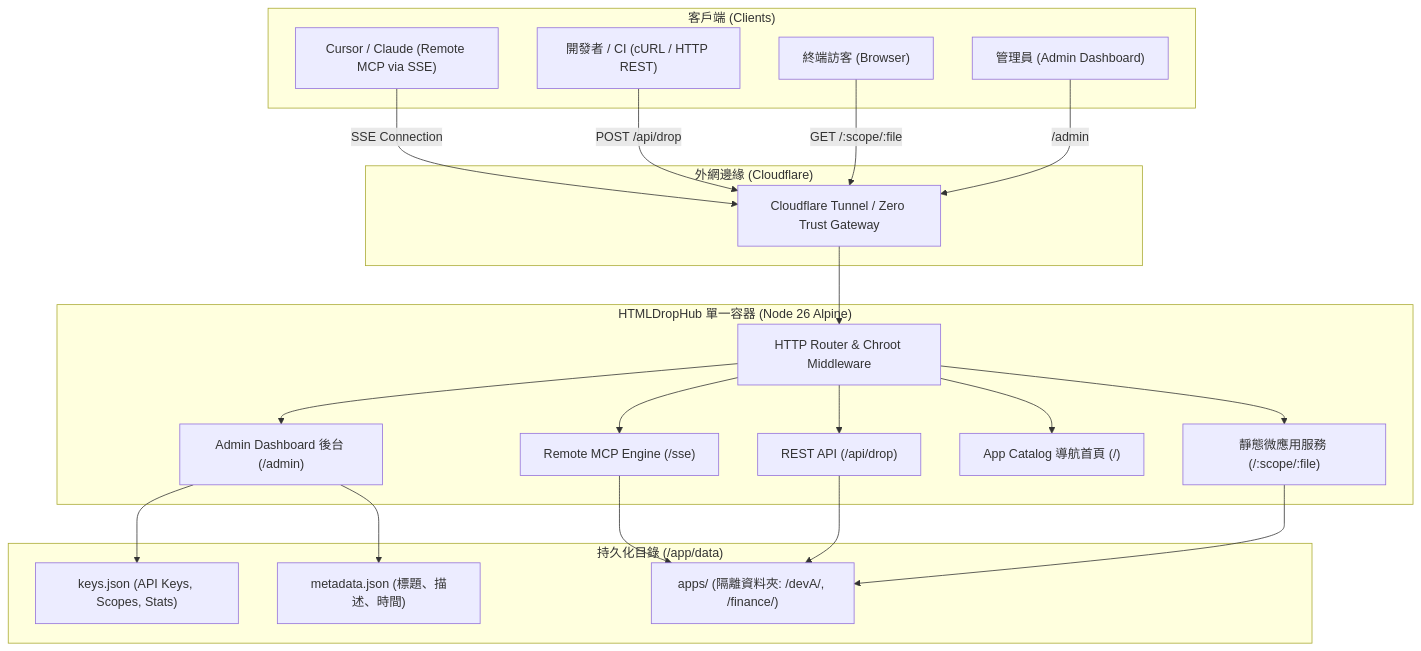
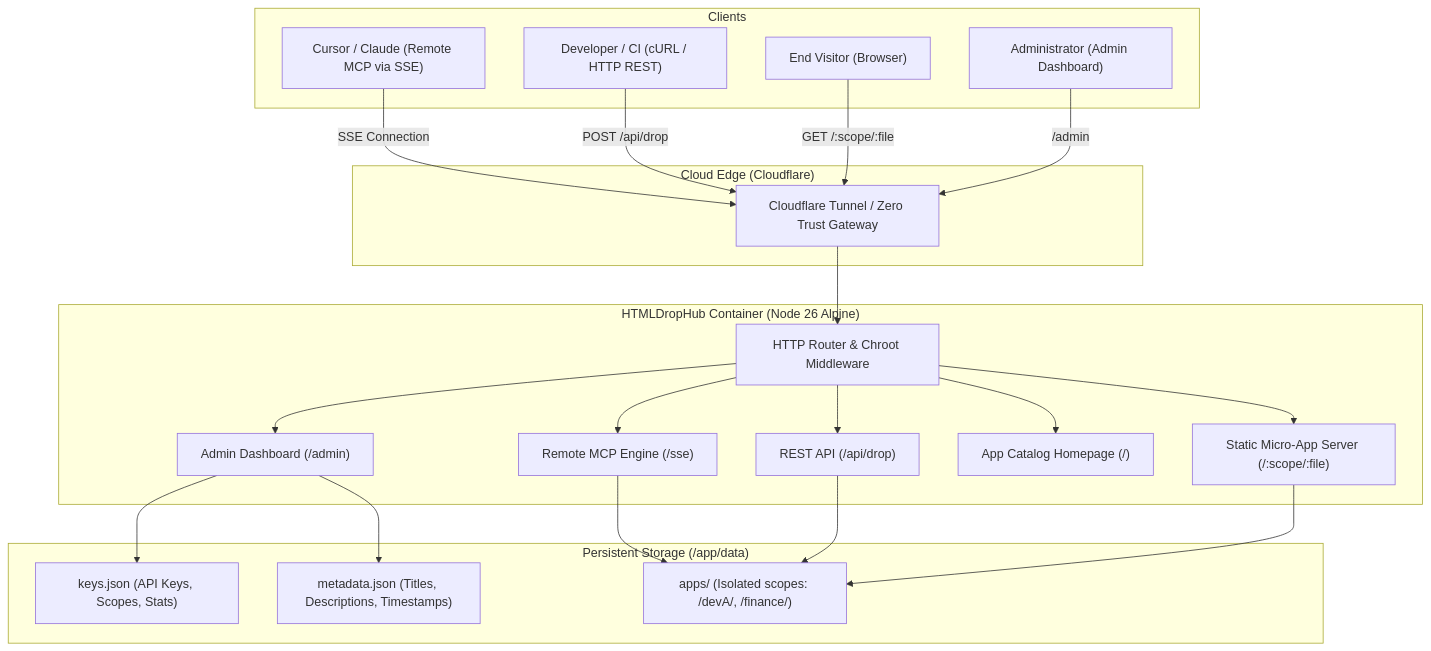
Before and after one commit to poiu124disk/HTMLDropHub: the diagram in README.md, drawn with Mermaid. The commit also changed other lines of this file and 3 other files, not shown here.

````diff
--- a/README.md
+++ b/README.md
@@ -36,46 +36,46 @@
 ```mermaid
 flowchart TD
-    subgraph Clients["客戶端 (Clients)"]
+    subgraph Clients["Clients"]
         Cursor["Cursor / Claude (Remote MCP via SSE)"]
-        Dev["開發者 / CI (cURL / HTTP REST)"]
-        Guest["終端訪客 (Browser)"]
-        Admin["管理員 (Admin Dashboard)"]
+        Dev["Developer / CI (cURL / HTTP REST)"]
+        Guest["End Visitor (Browser)"]
+        Admin["Administrator (Admin Dashboard)"]
     end
 
-    subgraph Tunnel["外網邊緣 (Cloudflare)"]
+    subgraph Tunnel["Cloud Edge (Cloudflare)"]
         CF["Cloudflare Tunnel / Zero Trust Gateway"]
     end
 
-    subgraph Engine["HTMLDropHub 單一容器 (Node 26 Alpine)"]
+    subgraph Engine["HTMLDropHub Container (Node 26 Alpine)"]
         Router["HTTP Router & Chroot Middleware"]
         SSE["Remote MCP Engine (/sse)"]
         REST["REST API (/api/drop)"]
-        Static["靜態微應用服務 (/:scope/:file)"]
-        CatalogUI["App Catalog 導航首頁 (/)"]
-        AdminUI["Admin Dashboard 後台 (/admin)"]
+        Static["Static Micro-App Server (/:scope/:file)"]
+        CatalogUI["App Catalog Homepage (/)"]
+        AdminUI["Admin Dashboard (/admin)"]
     end
 
-    subgraph Storage["持久化目錄 (/app/data)"]
+    subgraph Storage["Persistent Storage (/app/data)"]
         Keys["keys.json (API Keys, Scopes, Stats)"]
-        Meta["metadata.json (標題、描述、時間)"]
-        Apps["apps/ (隔離資料夾: /devA/, /finance/)"]
+        Meta["metadata.json (Titles, Descriptions, Timestamps)"]
+        Apps["apps/ (Isolated scopes: /devA/, /finance/)"]
     end
 
     Cursor -->|SSE Connection| CF
     Dev -->|POST /api/drop| CF
     Guest -->|GET /:scope/:file| CF
     Admin -->|/admin| CF
 
     CF --> Router
     Router --> SSE
     Router --> REST
     Router --> Static
     Router --> CatalogUI
     Router --> AdminUI
 
     SSE --> Apps
     REST --> Apps
     Static --> Apps
     AdminUI --> Keys
     AdminUI --> Meta
 ```
````
